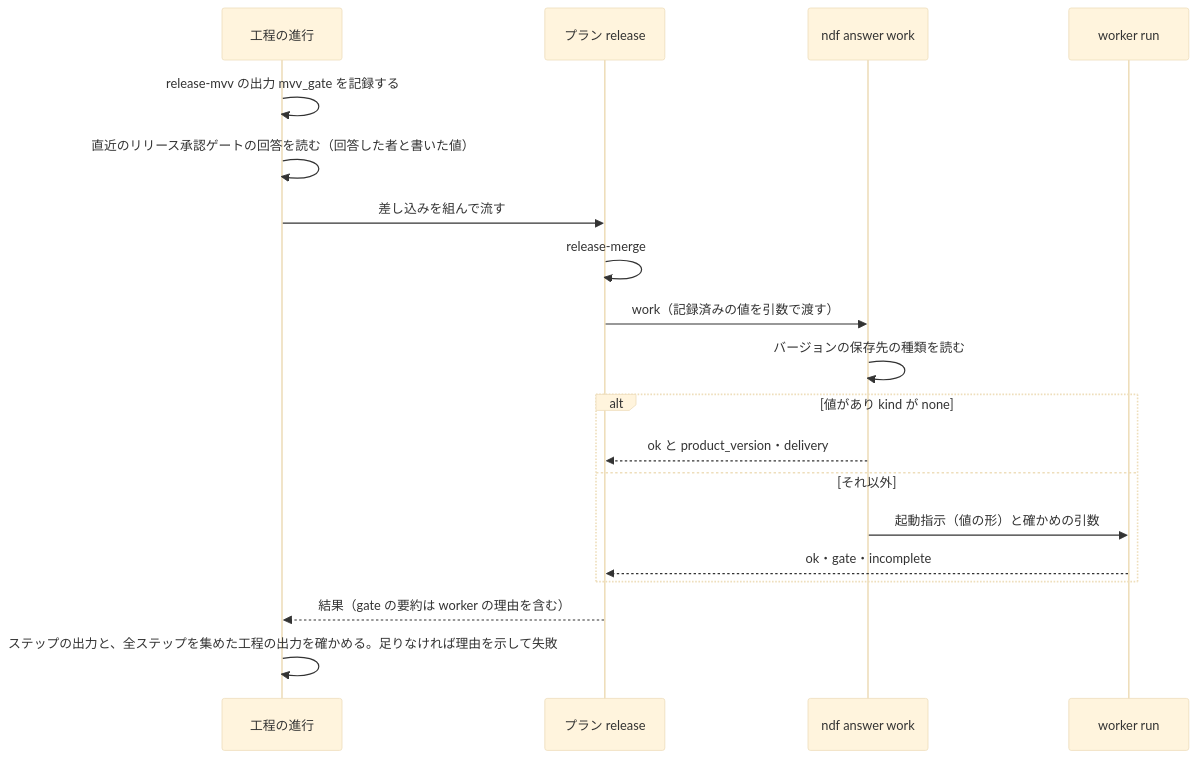
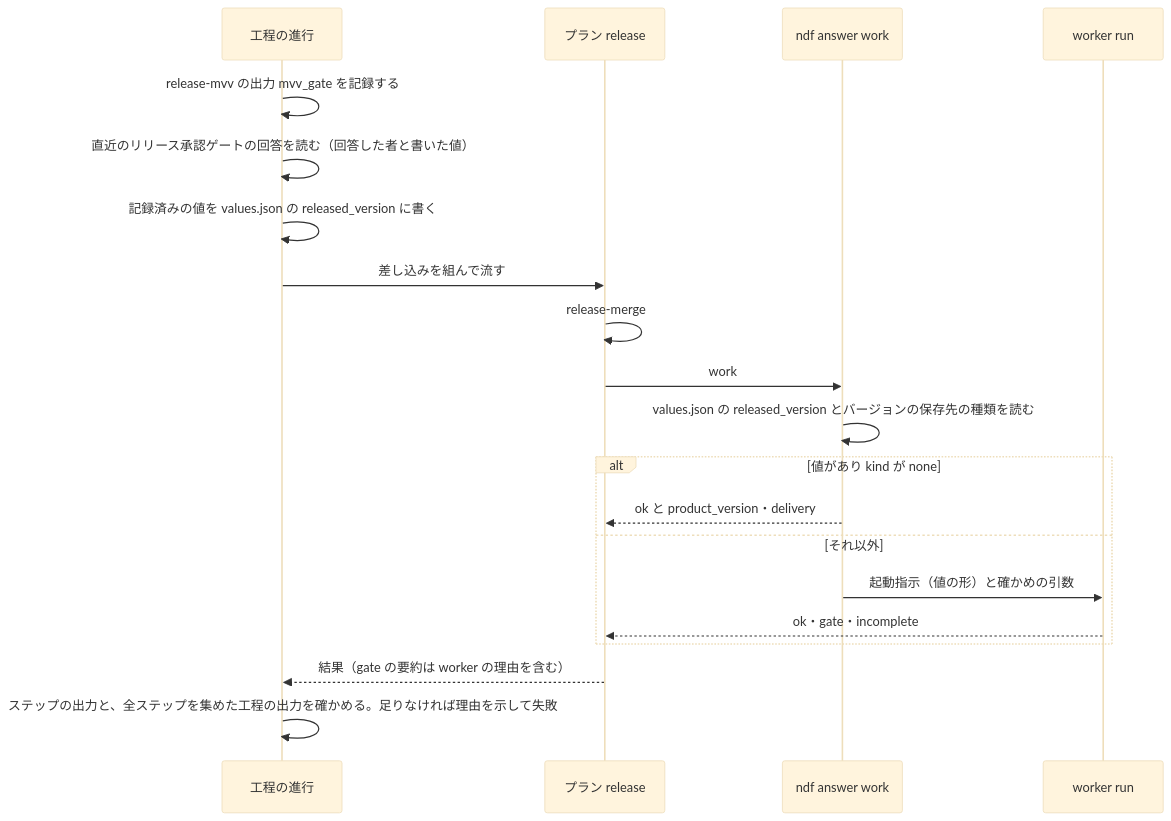
Before and after one commit to devbasex/ai-plugins: the third of 3 diagrams in issues/issue-4513-design.md, drawn with Mermaid (base theme). The commit also changed other lines of this file, not shown here.

Commit message:
Docs: デプロイの工程の設計で記録済みの値を values.json で渡し、プランの出力をステップごとに残す （#4513）

````diff
--- a/issues/issue-4513-design.md
+++ b/issues/issue-4513-design.md
@@ -126,21 +145,22 @@
 ```mermaid
 sequenceDiagram
   participant P as 工程の進行
   participant T as プラン release
   participant E as ndf answer work
   participant W as worker run
   P->>P: release-mvv の出力 mvv_gate を記録する
   P->>P: 直近のリリース承認ゲートの回答を読む（回答した者と書いた値）
+  P->>P: 記録済みの値を values.json の released_version に書く
   P->>T: 差し込みを組んで流す
   T->>T: release-merge
-  T->>E: work（記録済みの値を引数で渡す）
-  E->>E: バージョンの保存先の種類を読む
+  T->>E: work
+  E->>E: values.json の released_version とバージョンの保存先の種類を読む
   alt 値があり kind が none
     E-->>T: ok と product_version・delivery
   else それ以外
     E->>W: 起動指示（値の形）と確かめの引数
     W-->>T: ok・gate・incomplete
   end
   T-->>P: 結果（gate の要約は worker の理由を含む）
   P->>P: ステップの出力と、全ステップを集めた工程の出力を確かめる。足りなければ理由を示して失敗
 ```
````
